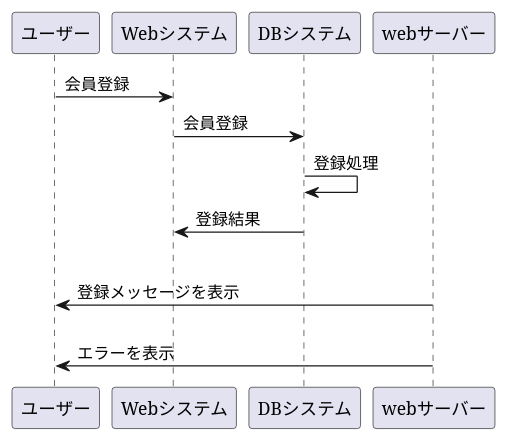
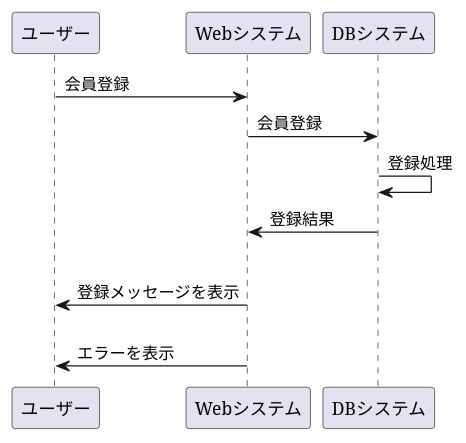
The diagram in a.md (Aso2001196/2021sys-design), drawn with PlantUML before and after one commit.

````diff
--- a/a.md
+++ b/a.md
@@ -1,13 +1,13 @@
 ```uml
 @startuml
 ユーザー -> Webシステム :会員登録
 Webシステム -> DBシステム :会員登録
 DBシステム -> DBシステム :登録処理
 Webシステム <- DBシステム :登録結果
 
 alt 登録成功
- webサーバー -> ユーザー : 登録メッセージを表示
+ Webシステム -> ユーザー : 登録メッセージを表示
 else 登録失敗
- webサーバー -> ユーザー : エラーを表示
+ Webシステム -> ユーザー : エラーを表示
 @enduml
 ```
````
